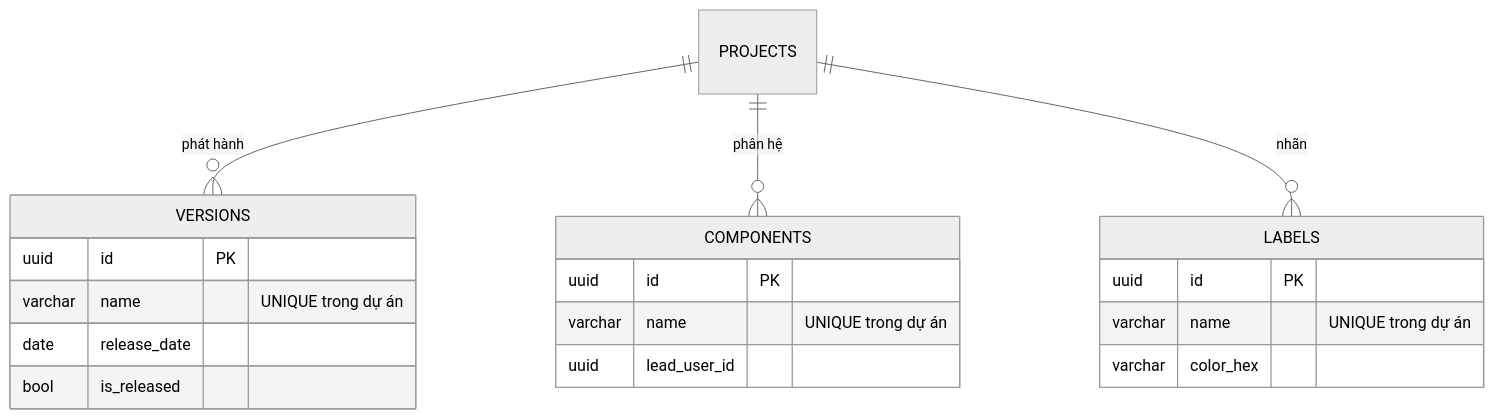
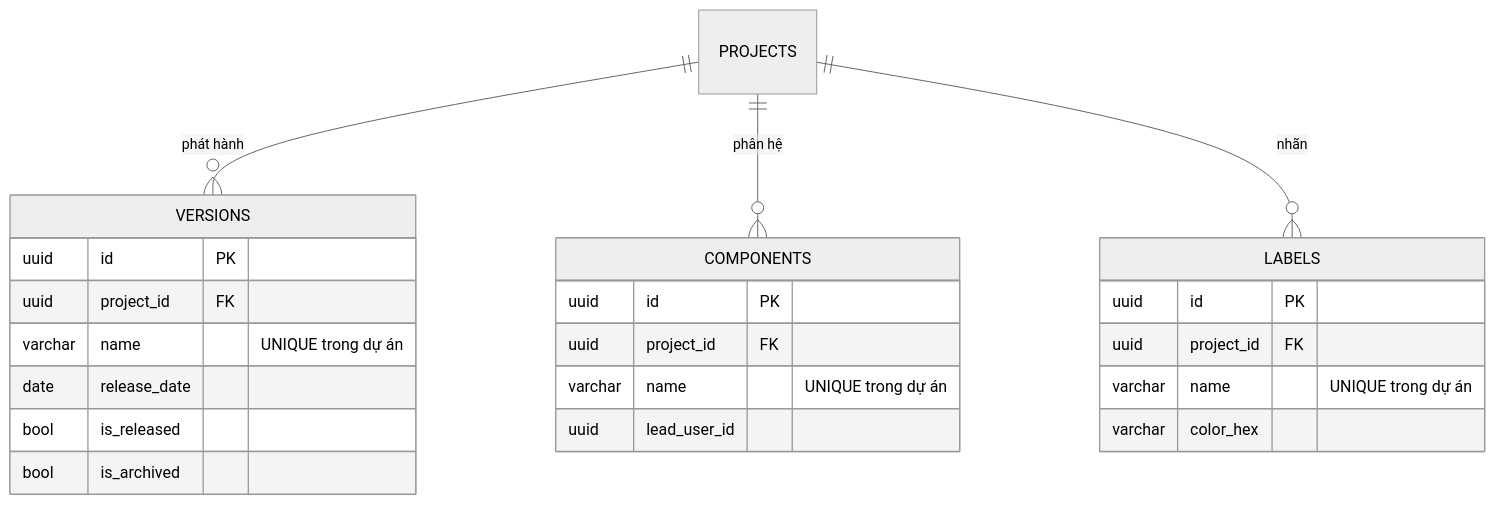
One commit to Hecker-Chuoi/DATN-2026 changed diagram 14 of 22 in formal_doc/01_QUAN_HE_THUC_THE.md. Above: the diagram before and after it, drawn with Mermaid (neutral theme). The commit also changed other lines of this file and 60 other files, not shown here.

````diff
--- a/formal_doc/01_QUAN_HE_THUC_THE.md
+++ b/formal_doc/01_QUAN_HE_THUC_THE.md
@@ -379,22 +414,26 @@
 ```mermaid
 erDiagram
     PROJECTS ||--o{ VERSIONS : "phát hành"
     PROJECTS ||--o{ COMPONENTS : "phân hệ"
     PROJECTS ||--o{ LABELS : "nhãn"
     VERSIONS {
         uuid id PK
+        uuid project_id FK
         varchar name "UNIQUE trong dự án"
         date release_date
         bool is_released
+        bool is_archived
     }
     COMPONENTS {
         uuid id PK
+        uuid project_id FK
         varchar name "UNIQUE trong dự án"
         uuid lead_user_id
     }
     LABELS {
         uuid id PK
+        uuid project_id FK
         varchar name "UNIQUE trong dự án"
         varchar color_hex
     }
 ```
````
